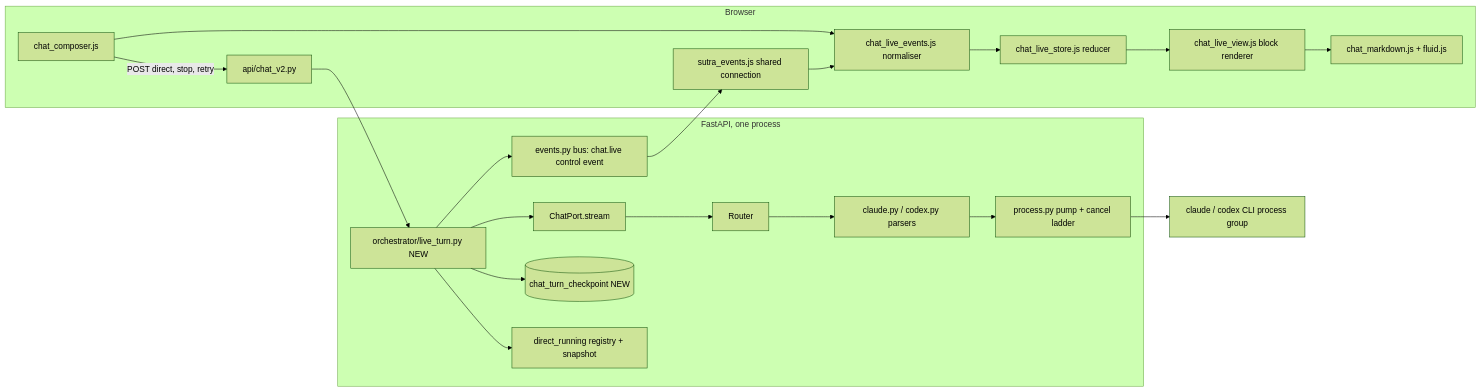
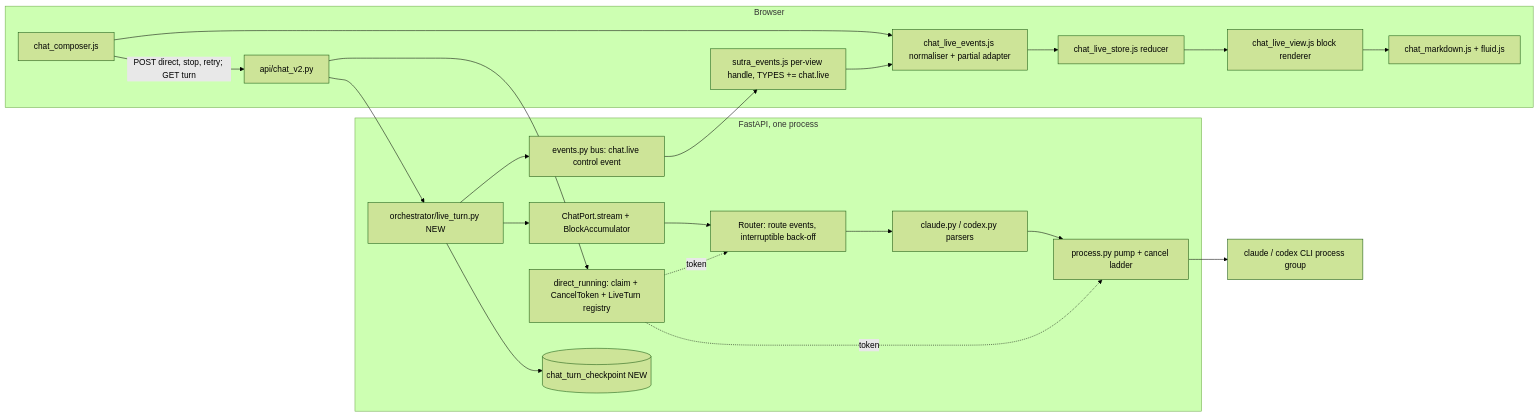
The first of 4 diagrams in sutra-pro/docs/design/streaming/architecture.md (sankalpasawa/sutra), drawn with Mermaid (forest theme) before and after one commit. The commit also changed other lines of this file and 2 other files, not shown here.

Commit message:
Streaming chat design revision 2: resolve the design critique (stop token, attempt refs, secret-prefix hold-back, route events, settle deferral, idempotency order, partial adapter), D201-D222

````diff
--- a/sutra-pro/docs/design/streaming/architecture.md
+++ b/sutra-pro/docs/design/streaming/architecture.md
@@ -11,22 +52,24 @@
 ```mermaid
 flowchart LR
   subgraph Browser
-    C[chat_composer.js] --> N[chat_live_events.js normaliser]
+    C[chat_composer.js] --> N[chat_live_events.js normaliser + partial adapter]
     N --> S[chat_live_store.js reducer]
     S --> V[chat_live_view.js block renderer]
     V --> MD[chat_markdown.js + fluid.js]
-    SE[sutra_events.js shared connection] --> N
-    C -->|POST direct, stop, retry| API
+    SE[sutra_events.js per-view handle, TYPES += chat.live] --> N
+    C -->|POST direct, stop, retry; GET turn| API
   end
   subgraph Server["FastAPI, one process"]
-    API[api/chat_v2.py] --> LT[orchestrator/live_turn.py NEW]
-    LT --> CP[ChatPort.stream]
-    CP --> R[Router] --> CN[claude.py / codex.py parsers]
+    API[api/chat_v2.py] --> DR[direct_running: claim + CancelToken + LiveTurn registry]
+    API --> LT[orchestrator/live_turn.py NEW]
+    LT --> CP[ChatPort.stream + BlockAccumulator]
+    CP --> R[Router: route events, interruptible back-off] --> CN[claude.py / codex.py parsers]
     CN --> PR[process.py pump + cancel ladder]
     LT --> BUS[events.py bus: chat.live control event]
     LT --> CK[(chat_turn_checkpoint NEW)]
     BUS --> SE
-    LT --> DR[direct_running registry + snapshot]
+    DR -. token .-> R
+    DR -. token .-> PR
   end
   PR --> CLI[claude / codex CLI process group]
 ```
````
